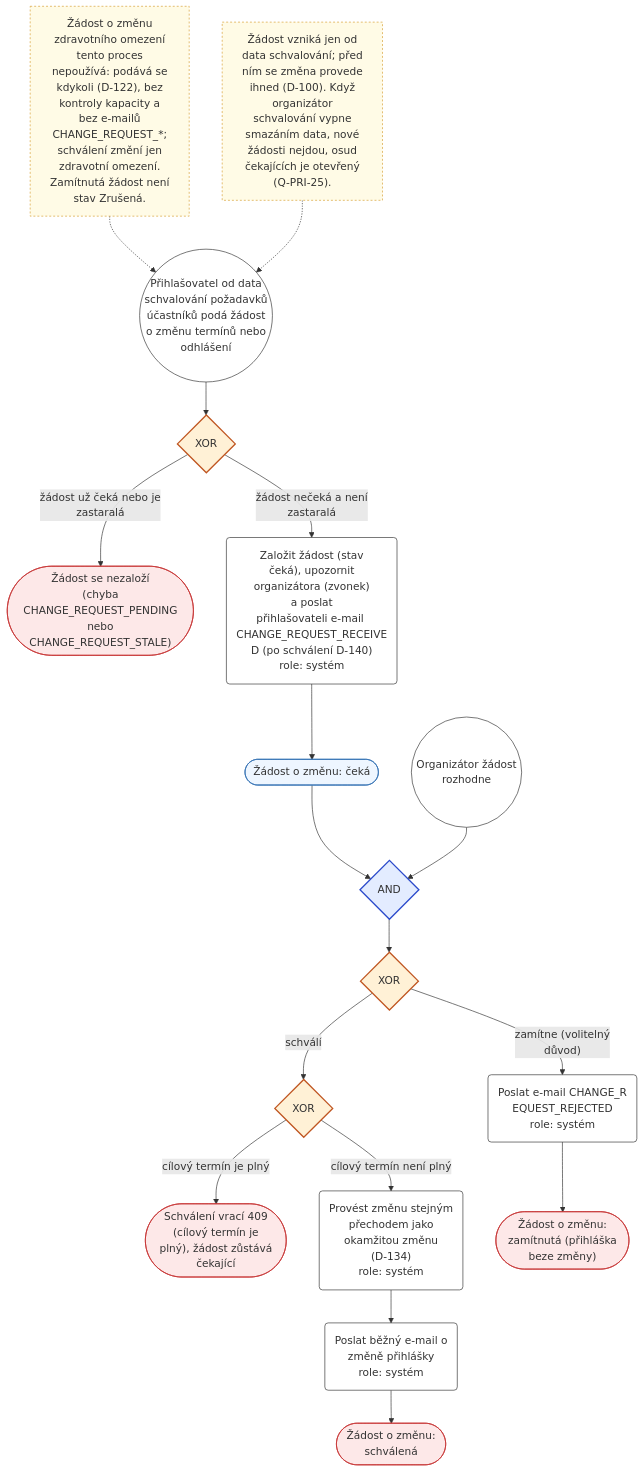
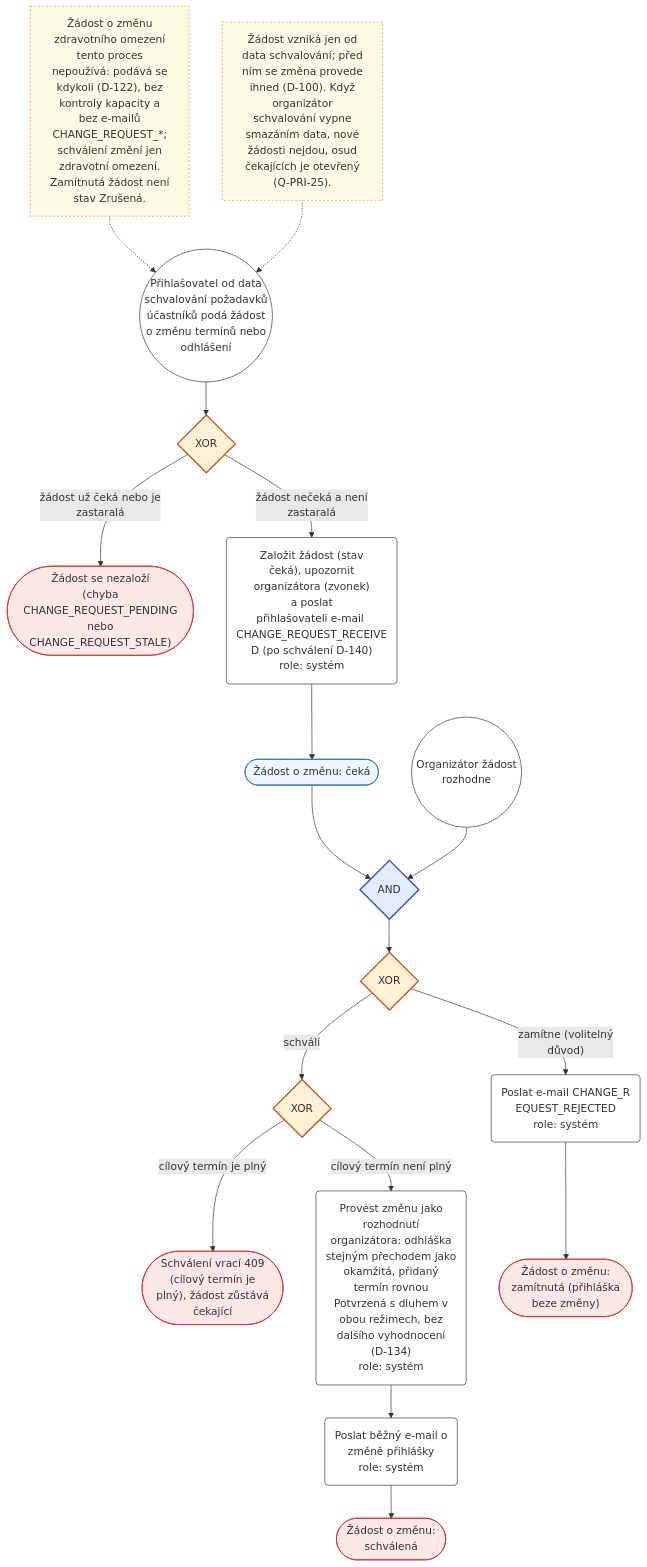
Before and after one commit to applifting-vsecourse/team-1: the diagram in docs/procesy/zpracovani-prihlasky/zadost-o-zmenu.mmd, drawn with Mermaid. The commit also changed 8 other files, not shown here.

```diff
--- a/docs/procesy/zpracovani-prihlasky/zadost-o-zmenu.mmd
+++ b/docs/procesy/zpracovani-prihlasky/zadost-o-zmenu.mmd
@@ -1,55 +1,55 @@
 flowchart TD
   classDef ev fill:#ffffff,stroke:#333,stroke-width:1px
   classDef timed fill:#ffffff,stroke:#333,stroke-width:1px,stroke-dasharray:2 2
   classDef task fill:#ffffff,stroke:#333
   classDef proc fill:#e6fffa,stroke:#2c7a7b
   classDef st fill:#eef6ff,stroke:#2b6cb0
   classDef endst fill:#fde8e8,stroke:#c53030
   classDef gw_xor fill:#fff1d6,stroke:#c05621,stroke-width:2px
   classDef gw_and fill:#e3ecff,stroke:#2b4acb,stroke-width:2px
   classDef gw_or fill:#e2f7e8,stroke:#2f855a,stroke-width:2px
   classDef note fill:#fffbe6,stroke:#d69e2e,stroke-dasharray:3 3
   classDef unsure stroke-dasharray:4 3,stroke-width:2px,stroke:#d69e2e
 
   n_e_zadost(("Přihlašovatel od data<br/>schvalování požadavků<br/>účastníků podá žádost<br/>o změnu termínů nebo<br/>odhlášení"))
   n_g_ceka{"XOR"}
   n_e_chyba(["Žádost se nezaloží<br/>(chyba<br/>CHANGE_REQUEST_PENDING<br/>nebo<br/>CHANGE_REQUEST_STALE)"])
   n_zalozit("Založit žádost (stav<br/>čeká), upozornit<br/>organizátora (zvonek)<br/>a poslat<br/>přihlašovateli e-mail <br/>CHANGE_REQUEST_RECEIVE<br/>D (po schválení D-140)<br/>role: systém")
   n_s_ceka(["Žádost o změnu: čeká"])
   n_e_rozhodnuti(("Organizátor žádost<br/>rozhodne"))
   n_g_rozhodnuti{"XOR"}
   n_g_plny{"XOR"}
   n_e_plny(["Schválení vrací 409<br/>(cílový termín je<br/>plný), žádost zůstává<br/>čekající"])
-  n_provest("Provést změnu stejným<br/>přechodem jako<br/>okamžitou změnu<br/>(D-134)<br/>role: systém")
+  n_provest("Provést změnu jako<br/>rozhodnutí<br/>organizátora: odhláška<br/>stejným přechodem jako<br/>okamžitá, přidaný<br/>termín rovnou<br/>Potvrzená s dluhem v<br/>obou režimech, bez<br/>dalšího vyhodnocení<br/>(D-134)<br/>role: systém")
   n_email_zmena("Poslat běžný e-mail o<br/>změně přihlášky<br/>role: systém")
   n_s_schvalena(["Žádost o změnu:<br/>schválená"])
   n_email_zamitnuti("Poslat e-mail CHANGE_R<br/>EQUEST_REJECTED<br/>role: systém")
   n_s_zamitnuta(["Žádost o změnu:<br/>zamítnutá (přihláška<br/>beze změny)"])
   n_n_zdravi["Žádost o změnu<br/>zdravotního omezení<br/>tento proces<br/>nepoužívá: podává se<br/>kdykoli (D-122), bez<br/>kontroly kapacity a<br/>bez e-mailů<br/>CHANGE_REQUEST_*;<br/>schválení změní jen<br/>zdravotní omezení.<br/>Zamítnutá žádost není<br/>stav Zrušená."]
   n_n_datum["Žádost vzniká jen od<br/>data schvalování; před<br/>ním se změna provede<br/>ihned (D-100). Když<br/>organizátor<br/>schvalování vypne<br/>smazáním data, nové<br/>žádosti nejdou, osud<br/>čekajících je otevřený<br/>(Q-PRI-25)."]
   n_sync_e_rozhodnuti{"AND"}
 
   n_e_zadost --> n_g_ceka
   n_g_ceka -->|"žádost už čeká nebo je<br/>zastaralá"| n_e_chyba
   n_g_ceka -->|"žádost nečeká a není<br/>zastaralá"| n_zalozit
   n_zalozit --> n_s_ceka
   n_s_ceka --> n_sync_e_rozhodnuti
   n_sync_e_rozhodnuti --> n_g_rozhodnuti
   n_g_rozhodnuti -->|"schválí"| n_g_plny
   n_g_plny -->|"cílový termín je plný"| n_e_plny
   n_g_plny -->|"cílový termín není plný"| n_provest
   n_provest --> n_email_zmena
   n_email_zmena --> n_s_schvalena
   n_g_rozhodnuti -->|"zamítne (volitelný<br/>důvod)"| n_email_zamitnuti
   n_email_zamitnuti --> n_s_zamitnuta
   n_n_zdravi -.-> n_e_zadost
   n_n_datum -.-> n_e_zadost
   n_e_rozhodnuti --> n_sync_e_rozhodnuti
 
   class n_e_zadost,n_e_rozhodnuti ev
   class n_g_ceka,n_g_rozhodnuti,n_g_plny gw_xor
   class n_e_chyba,n_e_plny,n_s_schvalena,n_s_zamitnuta endst
   class n_zalozit,n_provest,n_email_zmena,n_email_zamitnuti task
   class n_s_ceka st
   class n_n_zdravi,n_n_datum note
   class n_sync_e_rozhodnuti gw_and
```
